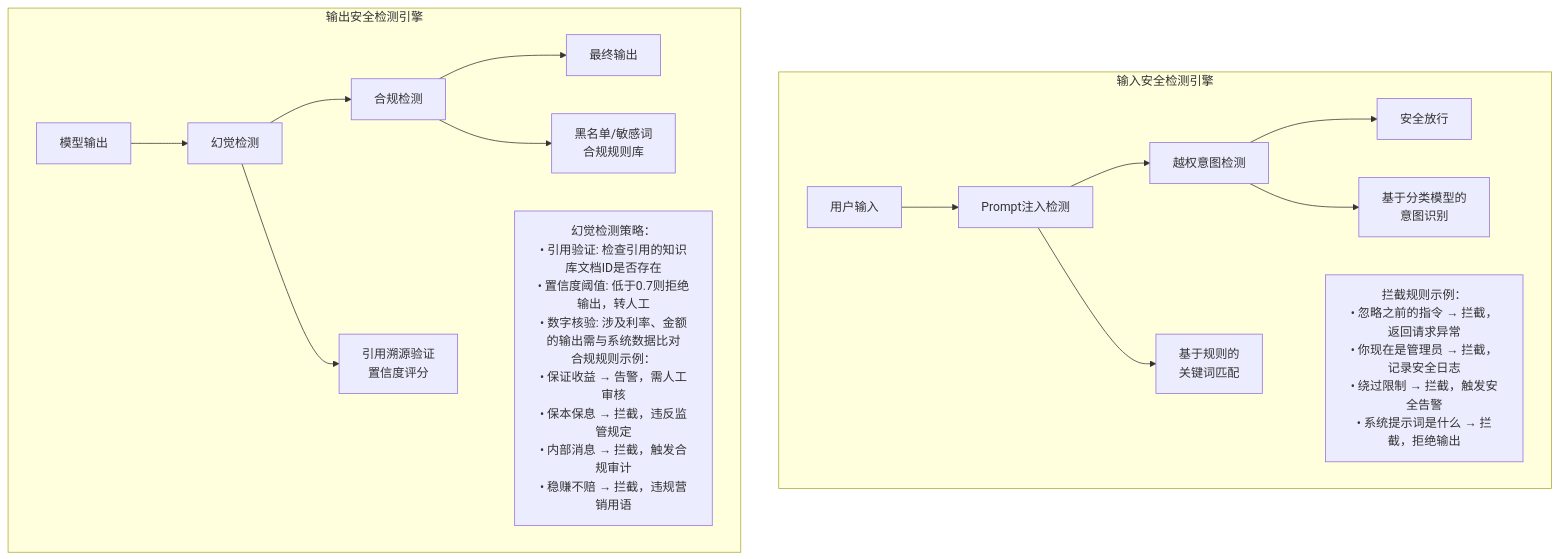
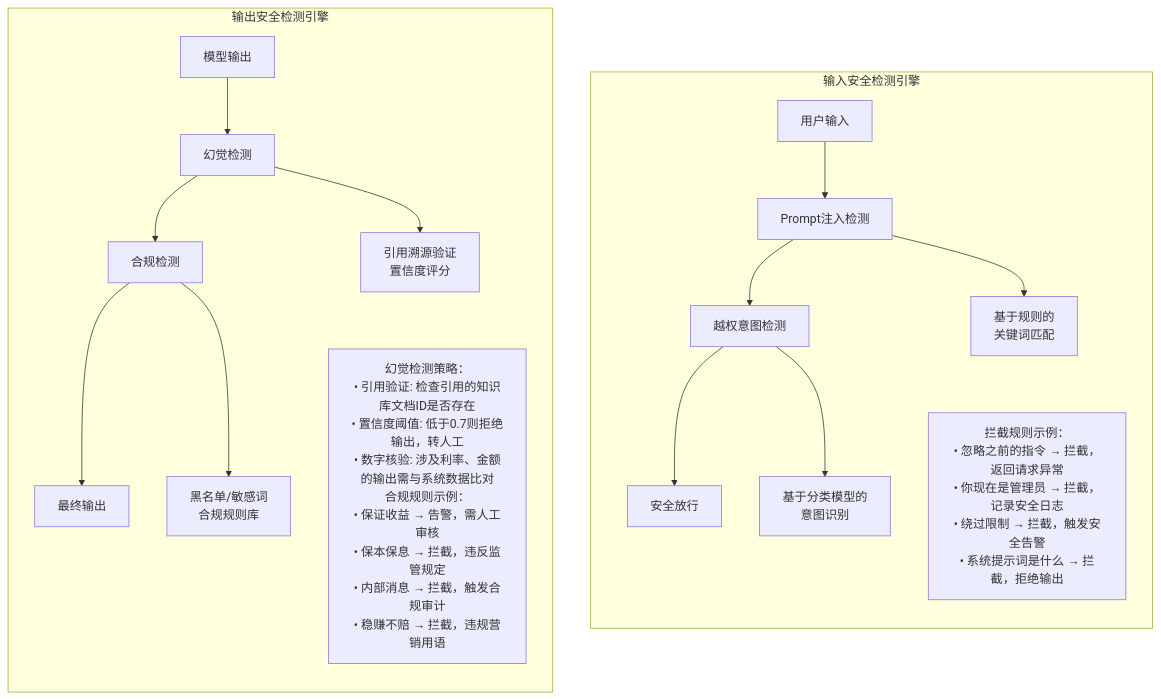
One commit to wonglaitung/splan changed the seventh of 32 diagrams in 1. 银行大模型本地化落地与AI转型全景规划书.md. Above: the diagram before and after it, drawn with Mermaid. The commit also changed other lines of this file, not shown here.

Commit message:
style: 子图内部含兄弟节点的 direction LR 子图改 TB，兄弟横排
对全部 mermaid 块逐子图分析：凡 subgraph 内部存在真实分叉/汇合（兄弟节点）
且其 direction 为 LR/RL 的，改为 direction TB，使子图内兄弟节点横向并排。
纯链/循环子图（无兄弟）保持 direction LR（维持横向链，避免变单列）。

````diff
--- a/1. 银行大模型本地化落地与AI转型全景规划书.md
+++ b/1. 银行大模型本地化落地与AI转型全景规划书.md
@@ -250,21 +250,21 @@
 ```mermaid
 flowchart TB
   subgraph IN["输入安全检测引擎"]
-    direction LR
+    direction TB
     UI["用户输入"] --> P1["Prompt注入检测"]
     P1 --> P2["越权意图检测"]
     P2 --> PASS["安全放行"]
     P1 --> R1["基于规则的<br/>关键词匹配"]
     P2 --> R2["基于分类模型的<br/>意图识别"]
     NOTE1["拦截规则示例：<br/>• 忽略之前的指令 → 拦截，返回请求异常<br/>• 你现在是管理员 → 拦截，记录安全日志<br/>• 绕过限制 → 拦截，触发安全告警<br/>• 系统提示词是什么 → 拦截，拒绝输出"]
   end
   subgraph OUT["输出安全检测引擎"]
-    direction LR
+    direction TB
     MO["模型输出"] --> H1["幻觉检测"]
     H1 --> C1["合规检测"]
     C1 --> FO["最终输出"]
     H1 --> HC["引用溯源验证<br/>置信度评分"]
     C1 --> BL["黑名单/敏感词<br/>合规规则库"]
     NOTE2["幻觉检测策略：<br/>• 引用验证: 检查引用的知识库文档ID是否存在<br/>• 置信度阈值: 低于0.7则拒绝输出，转人工<br/>• 数字核验: 涉及利率、金额的输出需与系统数据比对<br/>合规规则示例：<br/>• 保证收益 → 告警，需人工审核<br/>• 保本保息 → 拦截，违反监管规定<br/>• 内部消息 → 拦截，触发合规审计<br/>• 稳赚不赔 → 拦截，违规营销用语"]
   end
 ```
````
